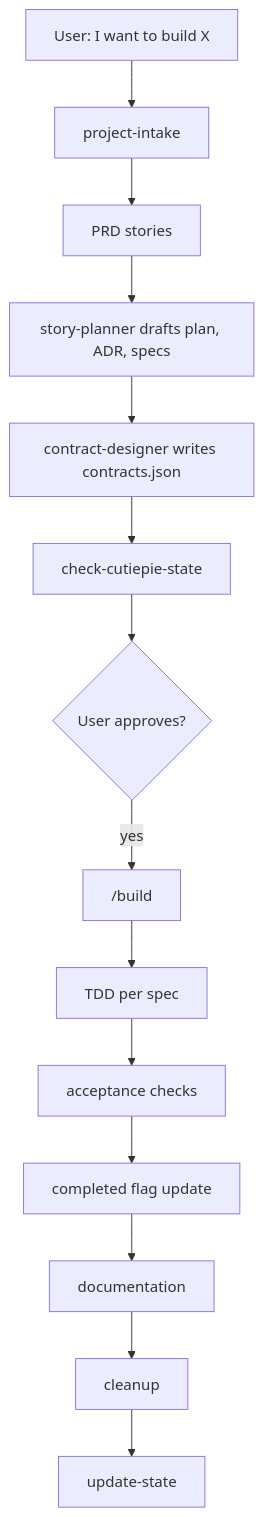
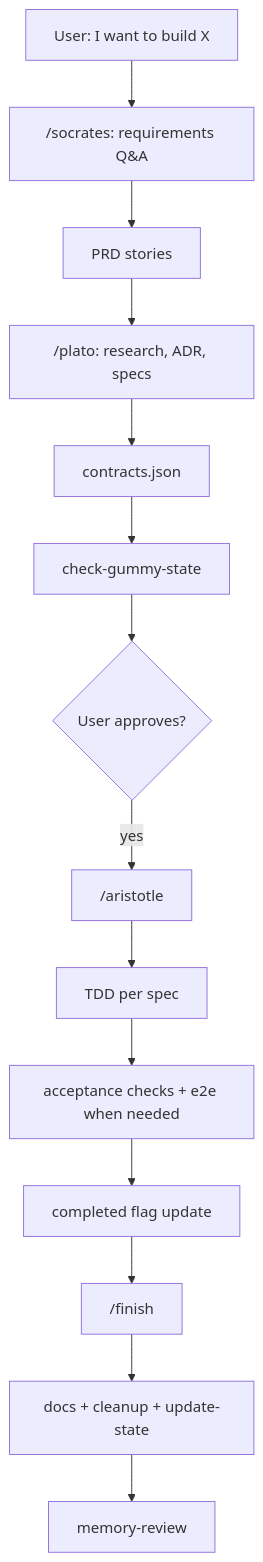
One commit to mattoh91/tif changed the diagram in README.md. Above: the diagram before and after it, drawn with Mermaid. The commit also changed other lines of this file and 184 other files, not shown here.

First line of the commit message:
chore: complete cutiepie→gummy rename and restructure

````diff
--- a/README.md
+++ b/README.md
@@ -60,16 +59,16 @@
 ```mermaid
 flowchart TD
-    A["User: I want to build X"] --> B["project-intake"]
+    A["User: I want to build X"] --> B["/socrates: requirements Q&A"]
     B --> C["PRD stories"]
-    C --> D["story-planner drafts plan, ADR, specs"]
-    D --> E["contract-designer writes contracts.json"]
-    E --> F["check-cutiepie-state"]
+    C --> D["/plato: research, ADR, specs"]
+    D --> E["contracts.json"]
+    E --> F["check-gummy-state"]
     F --> G{"User approves?"}
-    G -->|yes| H["/build"]
+    G -->|yes| H["/aristotle"]
     H --> I["TDD per spec"]
-    I --> J["acceptance checks"]
+    I --> J["acceptance checks + e2e when needed"]
     J --> K["completed flag update"]
-    K --> L["documentation"]
-    L --> M["cleanup"]
-    M --> N["update-state"]
+    K --> L["/finish"]
+    L --> M["docs + cleanup + update-state"]
+    M --> N["memory-review"]
 ```
````
